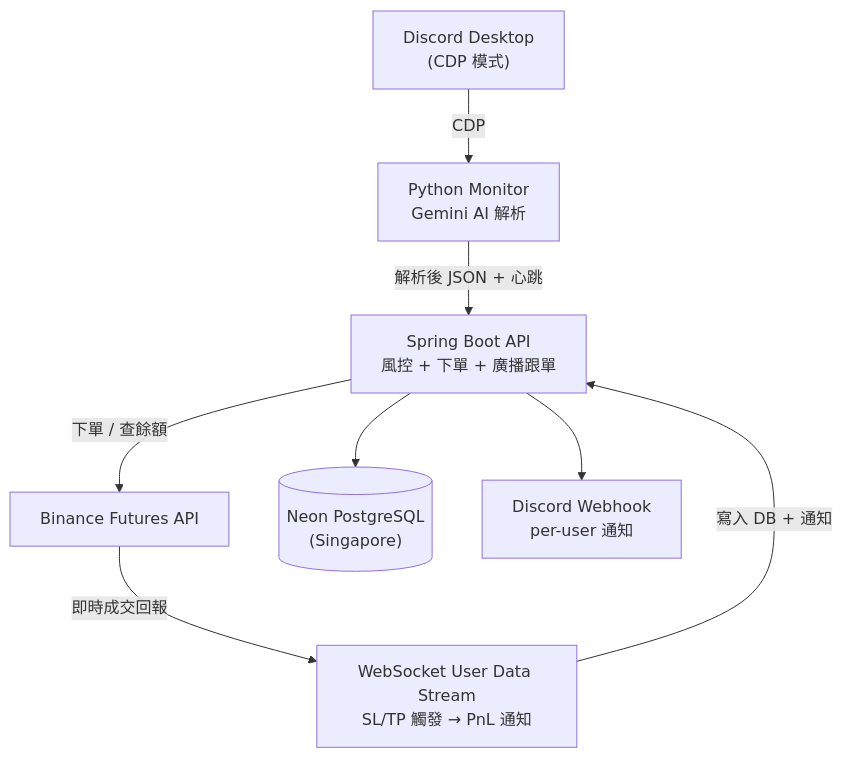
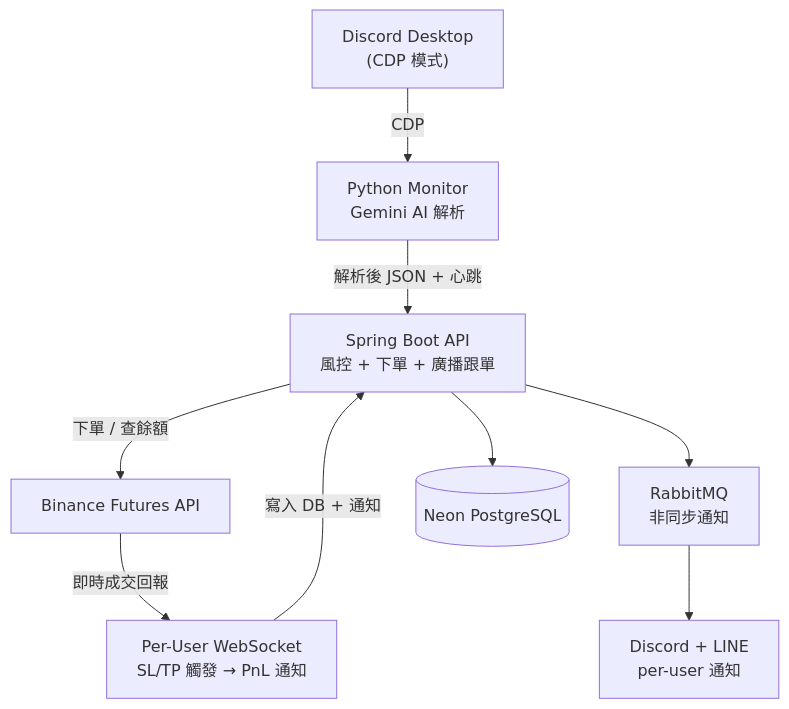
Before and after one commit to justinhsu1477/crypto-signal-trader: the first of 2 diagrams in README.md, drawn with Mermaid. The commit also changed other lines of this file, not shown here.

````diff
--- a/README.md
+++ b/README.md
@@ -9,18 +11,19 @@
 ```mermaid
 graph TD
     Discord["Discord Desktop<br/>(CDP 模式)"]
     Monitor["Python Monitor<br/>Gemini AI 解析"]
     API["Spring Boot API<br/>風控 + 下單 + 廣播跟單"]
+    RMQ["RabbitMQ<br/>非同步通知"]
     Binance["Binance Futures API"]
-    WS["WebSocket User Data Stream<br/>SL/TP 觸發 → PnL 通知"]
-    DB[("Neon PostgreSQL<br/>(Singapore)")]
-    Webhook["Discord Webhook<br/>per-user 通知"]
+    WS["Per-User WebSocket<br/>SL/TP 觸發 → PnL 通知"]
+    DB[("Neon PostgreSQL")]
+    Notify["Discord + LINE<br/>per-user 通知"]
 
     Discord -->|"CDP"| Monitor
     Monitor -->|"解析後 JSON + 心跳"| API
     API -->|"下單 / 查餘額"| Binance
     Binance -->|"即時成交回報"| WS
     WS -->|"寫入 DB + 通知"| API
     API --> DB
-    API --> Webhook
+    API --> RMQ --> Notify
 ```
````
